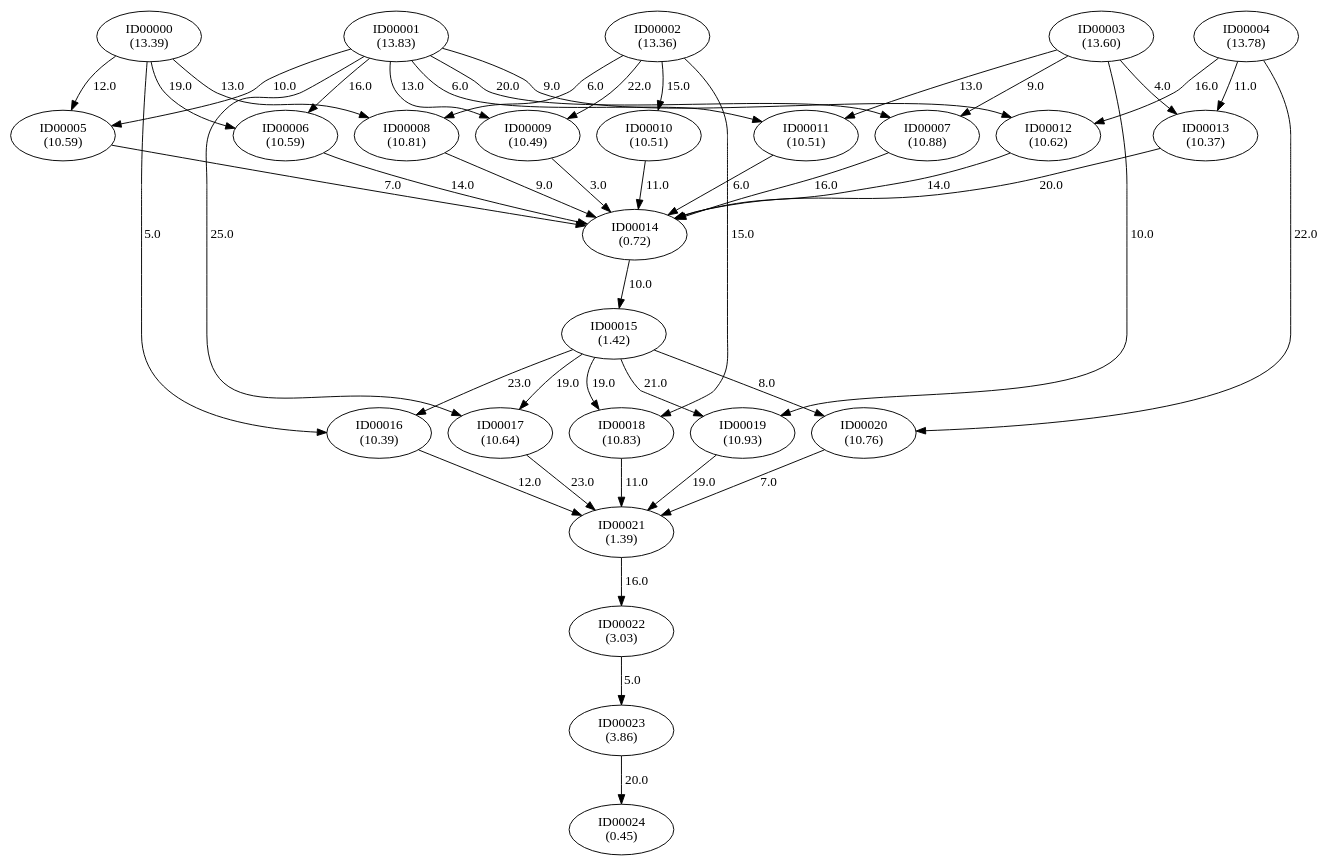
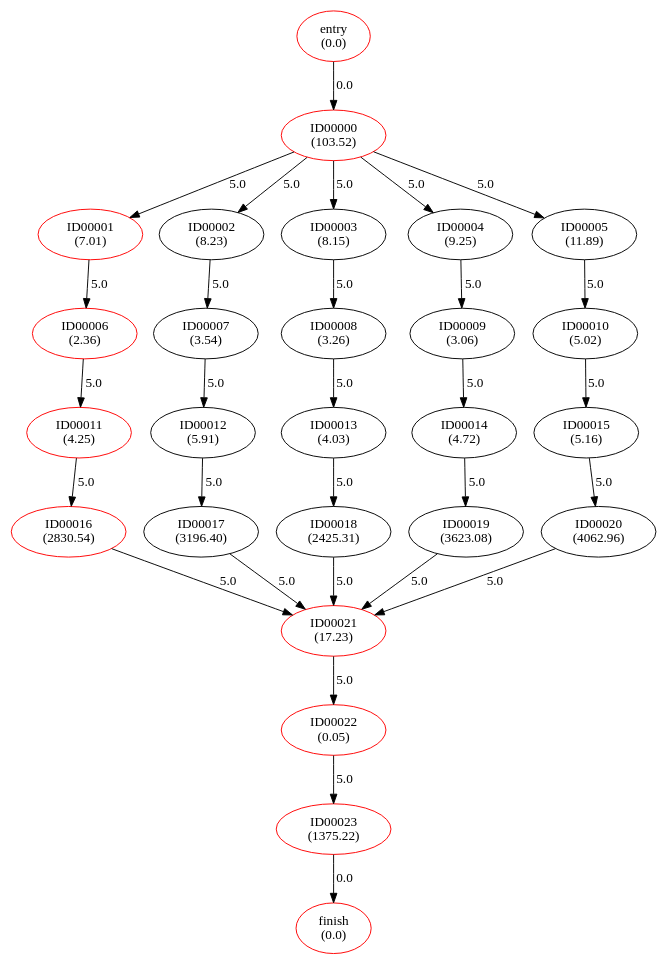
The diagram in Output/result_graph.gv (Sorran973/Scheduling-in-Workflow-as-a-Service), drawn with Graphviz before and after one commit. The commit also changed 5 other files, not shown here.

```diff
--- a/Output/result_graph.gv
+++ b/Output/result_graph.gv
@@ -1,187 +1,141 @@
 digraph {
+	"entry
+(0.0)" [color=red]
 	"ID00000
-(13.39)"
+(103.52)" [color=red]
 	"ID00001
-(13.83)"
+(7.01)" [color=red]
 	"ID00002
-(13.36)"
+(8.23)" [color=black]
 	"ID00003
-(13.60)"
+(8.15)" [color=black]
 	"ID00004
-(13.78)"
+(9.25)" [color=black]
 	"ID00005
-(10.59)"
+(11.89)" [color=black]
 	"ID00006
-(10.59)"
+(2.36)" [color=red]
 	"ID00007
-(10.88)"
+(3.54)" [color=black]
 	"ID00008
-(10.81)"
+(3.26)" [color=black]
 	"ID00009
-(10.49)"
+(3.06)" [color=black]
 	"ID00010
-(10.51)"
+(5.02)" [color=black]
 	"ID00011
-(10.51)"
+(4.25)" [color=red]
 	"ID00012
-(10.62)"
+(5.91)" [color=black]
 	"ID00013
-(10.37)"
+(4.03)" [color=black]
 	"ID00014
-(0.72)"
+(4.72)" [color=black]
 	"ID00015
-(1.42)"
+(5.16)" [color=black]
 	"ID00016
-(10.39)"
+(2830.54)" [color=red]
 	"ID00017
-(10.64)"
+(3196.40)" [color=black]
 	"ID00018
-(10.83)"
+(2425.31)" [color=black]
 	"ID00019
-(10.93)"
+(3623.08)" [color=black]
 	"ID00020
-(10.76)"
+(4062.96)" [color=black]
 	"ID00021
-(1.39)"
+(17.23)" [color=red]
 	"ID00022
-(3.03)"
+(0.05)" [color=red]
 	"ID00023
-(3.86)"
-	"ID00024
-(0.45)"
+(1375.22)" [color=red]
+	"finish
+(0.0)" [color=red]
+	"ID00000
+(103.52)" -> "ID00001
+(7.01)" [label=5.0]
+	"ID00000
+(103.52)" -> "ID00002
+(8.23)" [label=5.0]
+	"ID00000
+(103.52)" -> "ID00003
+(8.15)" [label=5.0]
+	"ID00000
+(103.52)" -> "ID00004
+(9.25)" [label=5.0]
+	"ID00000
+(103.52)" -> "ID00005
+(11.89)" [label=5.0]
 	"ID00001
-(13.83)" -> "ID00005
-(10.59)" [label=10.0]
-	"ID00000
-(13.39)" -> "ID00005
-(10.59)" [label=12.0]
-	"ID00001
-(13.83)" -> "ID00006
-(10.59)" [label=16.0]
-	"ID00000
-(13.39)" -> "ID00006
-(10.59)" [label=19.0]
-	"ID00001
-(13.83)" -> "ID00007
-(10.88)" [label=20.0]
+(7.01)" -> "ID00006
+(2.36)" [label=5.0]
+	"ID00002
+(8.23)" -> "ID00007
+(3.54)" [label=5.0]
 	"ID00003
-(13.60)" -> "ID00007
-(10.88)" [label=9.0]
-	"ID00002
-(13.36)" -> "ID00008
-(10.81)" [label=6.0]
-	"ID00000
-(13.39)" -> "ID00008
-(10.81)" [label=13.0]
-	"ID00002
-(13.36)" -> "ID00009
-(10.49)" [label=22.0]
-	"ID00001
-(13.83)" -> "ID00009
-(10.49)" [label=13.0]
-	"ID00002
-(13.36)" -> "ID00010
-(10.51)" [label=15.0]
-	"ID00001
-(13.83)" -> "ID00011
-(10.51)" [label=6.0]
-	"ID00003
-(13.60)" -> "ID00011
-(10.51)" [label=13.0]
-	"ID00001
-(13.83)" -> "ID00012
-(10.62)" [label=9.0]
+(8.15)" -> "ID00008
+(3.26)" [label=5.0]
 	"ID00004
-(13.78)" -> "ID00012
-(10.62)" [label=16.0]
-	"ID00004
-(13.78)" -> "ID00013
-(10.37)" [label=11.0]
-	"ID00003
-(13.60)" -> "ID00013
-(10.37)" [label=4.0]
+(9.25)" -> "ID00009
+(3.06)" [label=5.0]
+	"ID00005
+(11.89)" -> "ID00010
+(5.02)" [label=5.0]
+	"ID00006
+(2.36)" -> "ID00011
+(4.25)" [label=5.0]
+	"ID00007
+(3.54)" -> "ID00012
+(5.91)" [label=5.0]
+	"ID00008
+(3.26)" -> "ID00013
+(4.03)" [label=5.0]
+	"ID00009
+(3.06)" -> "ID00014
+(4.72)" [label=5.0]
+	"ID00010
+(5.02)" -> "ID00015
+(5.16)" [label=5.0]
+	"ID00011
+(4.25)" -> "ID00016
+(2830.54)" [label=5.0]
 	"ID00012
-(10.62)" -> "ID00014
-(0.72)" [label=14.0]
+(5.91)" -> "ID00017
+(3196.40)" [label=5.0]
 	"ID00013
-(10.37)" -> "ID00014
-(0.72)" [label=20.0]
-	"ID00010
-(10.51)" -> "ID00014
-(0.72)" [label=11.0]
-	"ID00011
-(10.51)" -> "ID00014
-(0.72)" [label=6.0]
-	"ID00006
-(10.59)" -> "ID00014
-(0.72)" [label=14.0]
-	"ID00005
-(10.59)" -> "ID00014
-(0.72)" [label=7.0]
-	"ID00009
-(10.49)" -> "ID00014
-(0.72)" [label=3.0]
-	"ID00008
-(10.81)" -> "ID00014
-(0.72)" [label=9.0]
-	"ID00007
-(10.88)" -> "ID00014
-(0.72)" [label=16.0]
+(4.03)" -> "ID00018
+(2425.31)" [label=5.0]
 	"ID00014
-(0.72)" -> "ID00015
-(1.42)" [label=10.0]
-	"ID00000
-(13.39)" -> "ID00016
-(10.39)" [label=5.0]
+(4.72)" -> "ID00019
+(3623.08)" [label=5.0]
 	"ID00015
-(1.42)" -> "ID00016
-(10.39)" [label=23.0]
-	"ID00001
-(13.83)" -> "ID00017
-(10.64)" [label=25.0]
-	"ID00015
-(1.42)" -> "ID00017
-(10.64)" [label=19.0]
-	"ID00002
-(13.36)" -> "ID00018
-(10.83)" [label=15.0]
-	"ID00015
-(1.42)" -> "ID00018
-(10.83)" [label=19.0]
-	"ID00003
-(13.60)" -> "ID00019
-(10.93)" [label=10.0]
-	"ID00015
-(1.42)" -> "ID00019
-(10.93)" [label=21.0]
-	"ID00004
-(13.78)" -> "ID00020
-(10.76)" [label=22.0]
-	"ID00015
-(1.42)" -> "ID00020
-(10.76)" [label=8.0]
+(5.16)" -> "ID00020
+(4062.96)" [label=5.0]
 	"ID00020
-(10.76)" -> "ID00021
-(1.39)" [label=7.0]
+(4062.96)" -> "ID00021
+(17.23)" [label=5.0]
 	"ID00016
-(10.39)" -> "ID00021
-(1.39)" [label=12.0]
+(2830.54)" -> "ID00021
+(17.23)" [label=5.0]
 	"ID00017
-(10.64)" -> "ID00021
-(1.39)" [label=23.0]
+(3196.40)" -> "ID00021
+(17.23)" [label=5.0]
 	"ID00018
-(10.83)" -> "ID00021
-(1.39)" [label=11.0]
+(2425.31)" -> "ID00021
+(17.23)" [label=5.0]
 	"ID00019
-(10.93)" -> "ID00021
-(1.39)" [label=19.0]
+(3623.08)" -> "ID00021
+(17.23)" [label=5.0]
 	"ID00021
-(1.39)" -> "ID00022
-(3.03)" [label=16.0]
+(17.23)" -> "ID00022
+(0.05)" [label=5.0]
 	"ID00022
-(3.03)" -> "ID00023
-(3.86)" [label=5.0]
+(0.05)" -> "ID00023
+(1375.22)" [label=5.0]
+	"entry
+(0.0)" -> "ID00000
+(103.52)" [label=0.0]
 	"ID00023
-(3.86)" -> "ID00024
-(0.45)" [label=20.0]
+(1375.22)" -> "finish
+(0.0)" [label=0.0]
 }
```
